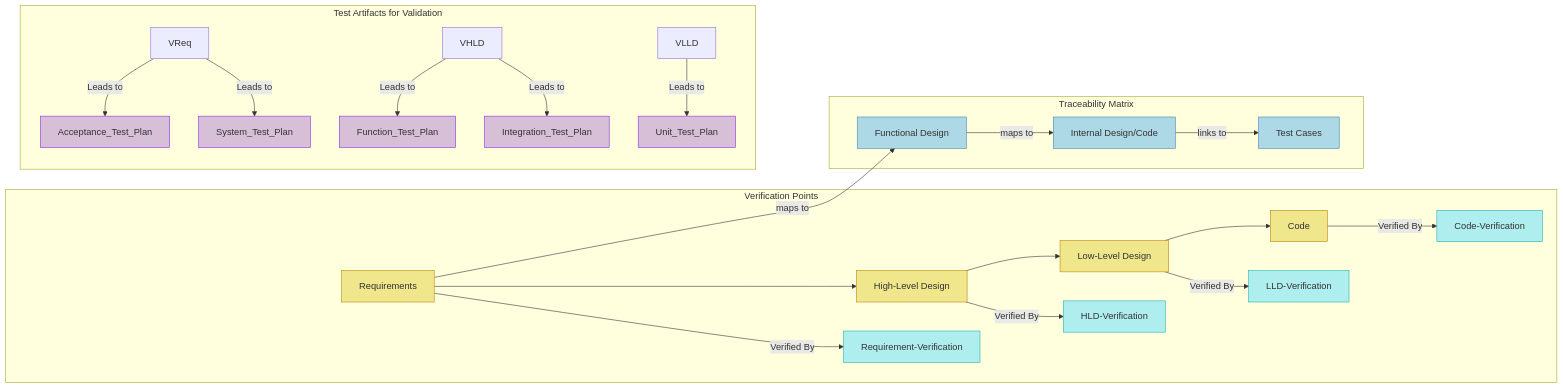
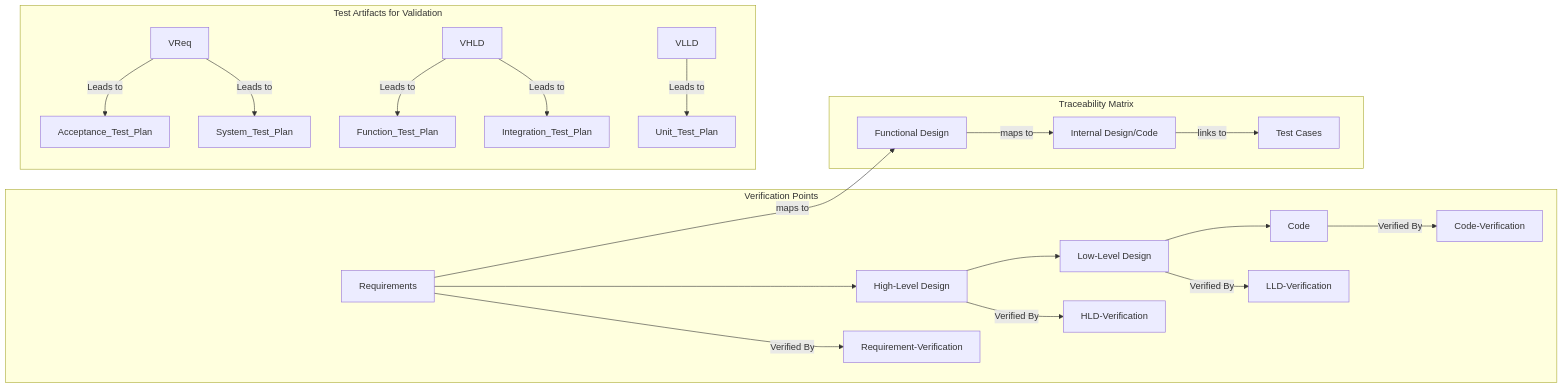
One commit to roroRathod/Sem7 changed the second of 2 diagrams in STQA/Mod 1.2 - Verification, Verification of Requirements, High Level Design, Low Level Design and Code.md. Above: the diagram before and after it, drawn with Mermaid. The commit also changed other lines of this file, not shown here.

Commit message:
Remove style definitions from verification document
Removed style definitions for various elements in the verification document.

````diff
--- a/STQA/Mod 1.2 - Verification, Verification of Requirements, High Level Design, Low Level Design and Code.md
+++ b/STQA/Mod 1.2 - Verification, Verification of Requirements, High Level Design, Low Level Design and Code.md
@@ -290,47 +278,27 @@
 ```mermaid 
 graph LR
     Req[Requirements] --> HLD[High-Level Design];
     HLD --> LLD[Low-Level Design];
     LLD --> Code[Code];
 
     subgraph Verification Points
         Req -- Verified By --> Requirement-Verification;
         HLD -- Verified By --> HLD-Verification;
         LLD -- Verified By --> LLD-Verification;
         Code -- Verified By --> Code-Verification ;
     end
 
     subgraph Test Artifacts for Validation
         VReq -- Leads to --> Acceptance_Test_Plan;
         VReq -- Leads to --> System_Test_Plan;
         VHLD -- Leads to --> Function_Test_Plan;
         VHLD -- Leads to --> Integration_Test_Plan;
         VLLD -- Leads to --> Unit_Test_Plan;
     end
 
     subgraph Traceability Matrix
         Req -- maps to --> FunctionalDesign[Functional Design];
         FunctionalDesign -- maps to --> InternalDesignCode[Internal Design/Code];
         InternalDesignCode -- links to --> TestCases[Test Cases];
     end
-
-    style Req fill:#F0E68C,stroke:#B8860B
-    style HLD fill:#F0E68C,stroke:#B8860B
-    style LLD fill:#F0E68C,stroke:#B8860B
-    style Code fill:#F0E68C,stroke:#B8860B
-
-    style Requirement-Verification fill:#AFEEEE,stroke:#20B2AA
-    style HLD-Verification fill:#AFEEEE,stroke:#20B2AA
-    style LLD-Verification fill:#AFEEEE,stroke:#20B2AA
-    style Code-Verification fill:#AFEEEE,stroke:#20B2AA
-
-    style Acceptance_Test_Plan fill:#D8BFD8,stroke:#8A2BE2
-    style System_Test_Plan fill:#D8BFD8,stroke:#8A2BE2
-    style Function_Test_Plan fill:#D8BFD8,stroke:#8A2BE2
-    style Integration_Test_Plan fill:#D8BFD8,stroke:#8A2BE2
-    style Unit_Test_Plan fill:#D8BFD8,stroke:#8A2BE2
-
-    style FunctionalDesign fill:#ADD8E6,stroke:#4682B4
-    style InternalDesignCode fill:#ADD8E6,stroke:#4682B4
-    style TestCases fill:#ADD8E6,stroke:#4682B4
 ```
````
